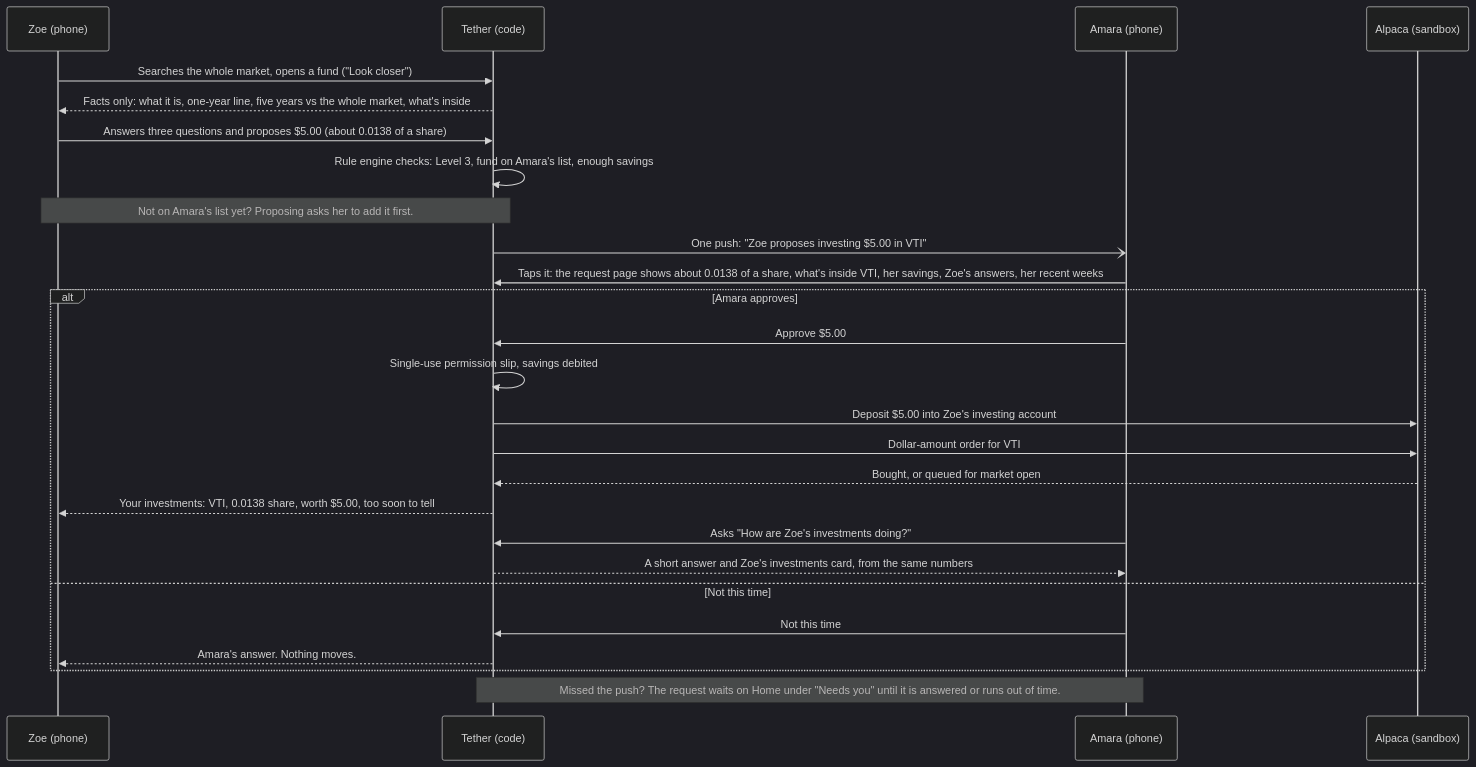
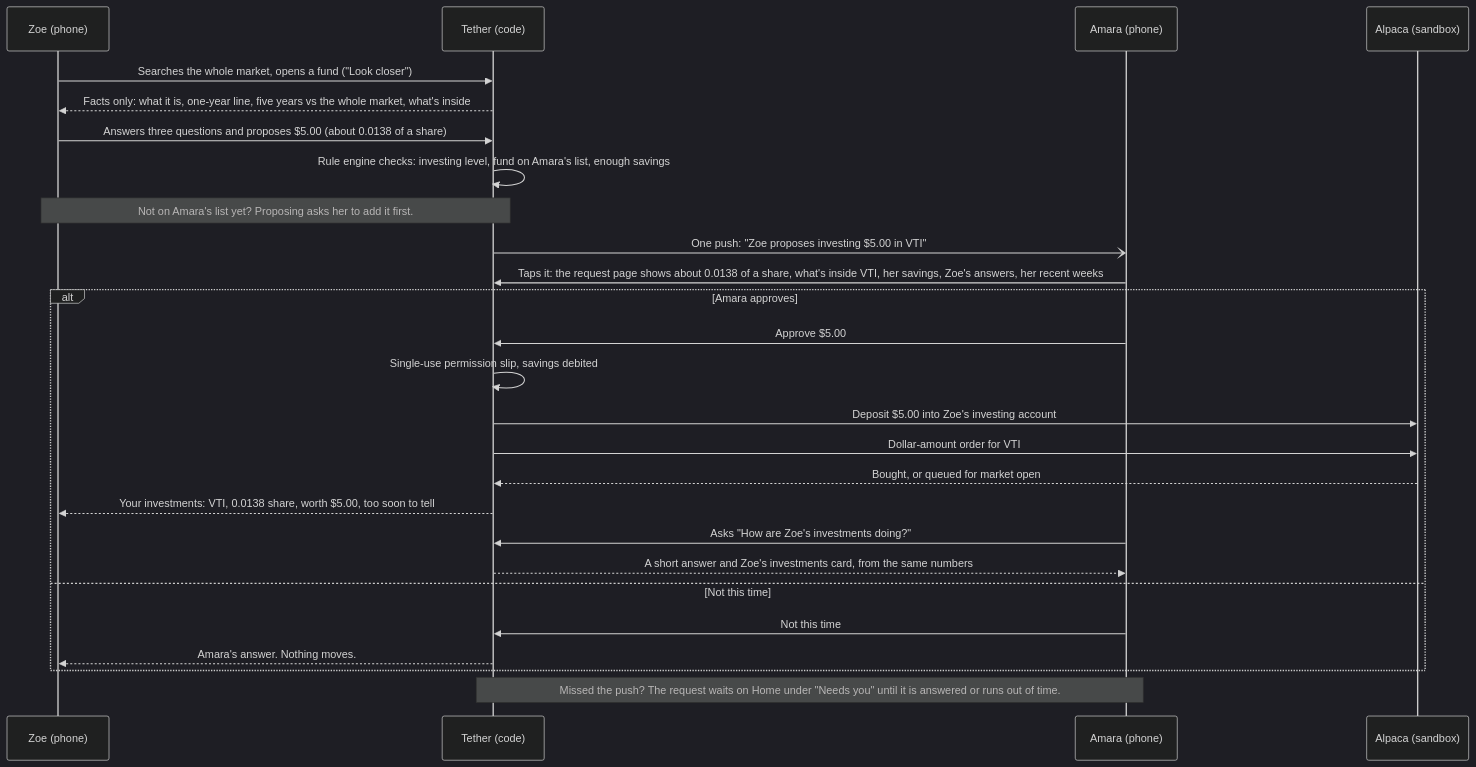
Before and after one commit to tmoody1973/tether: the first of 6 diagrams in README.md, drawn with Mermaid (dark theme).

Commit message:
docs: the investing diagram names the investing level, not Level 3
Investing's level moves in decision 024 (separate PR); the diagram line stays true whichever level it is.

````diff
--- a/README.md
+++ b/README.md
@@ -52,28 +52,28 @@
 ```mermaid
 sequenceDiagram
   participant Z as Zoe (phone)
   participant T as Tether (code)
   participant A as Amara (phone)
   participant AL as Alpaca (sandbox)
   Z->>T: Searches the whole market, opens a fund ("Look closer")
   T-->>Z: Facts only: what it is, one-year line, five years vs the whole market, what's inside
   Z->>T: Answers three questions and proposes $5.00 (about 0.0138 of a share)
-  T->>T: Rule engine checks: Level 3, fund on Amara's list, enough savings
+  T->>T: Rule engine checks: investing level, fund on Amara's list, enough savings
   Note over Z,T: Not on Amara's list yet? Proposing asks her to add it first.
   T-)A: One push: "Zoe proposes investing $5.00 in VTI"
   A->>T: Taps it: the request page shows about 0.0138 of a share, what's inside VTI, her savings, Zoe's answers, her recent weeks
   alt Amara approves
     A->>T: Approve $5.00
     T->>T: Single-use permission slip, savings debited
     T->>AL: Deposit $5.00 into Zoe's investing account
     T->>AL: Dollar-amount order for VTI
     AL-->>T: Bought, or queued for market open
     T-->>Z: Your investments: VTI, 0.0138 share, worth $5.00, too soon to tell
     A->>T: Asks "How are Zoe's investments doing?"
     T-->>A: A short answer and Zoe's investments card, from the same numbers
   else Not this time
     A->>T: Not this time
     T-->>Z: Amara's answer. Nothing moves.
   end
   Note over A,T: Missed the push? The request waits on Home under "Needs you" until it is answered or runs out of time.
 ```
````
